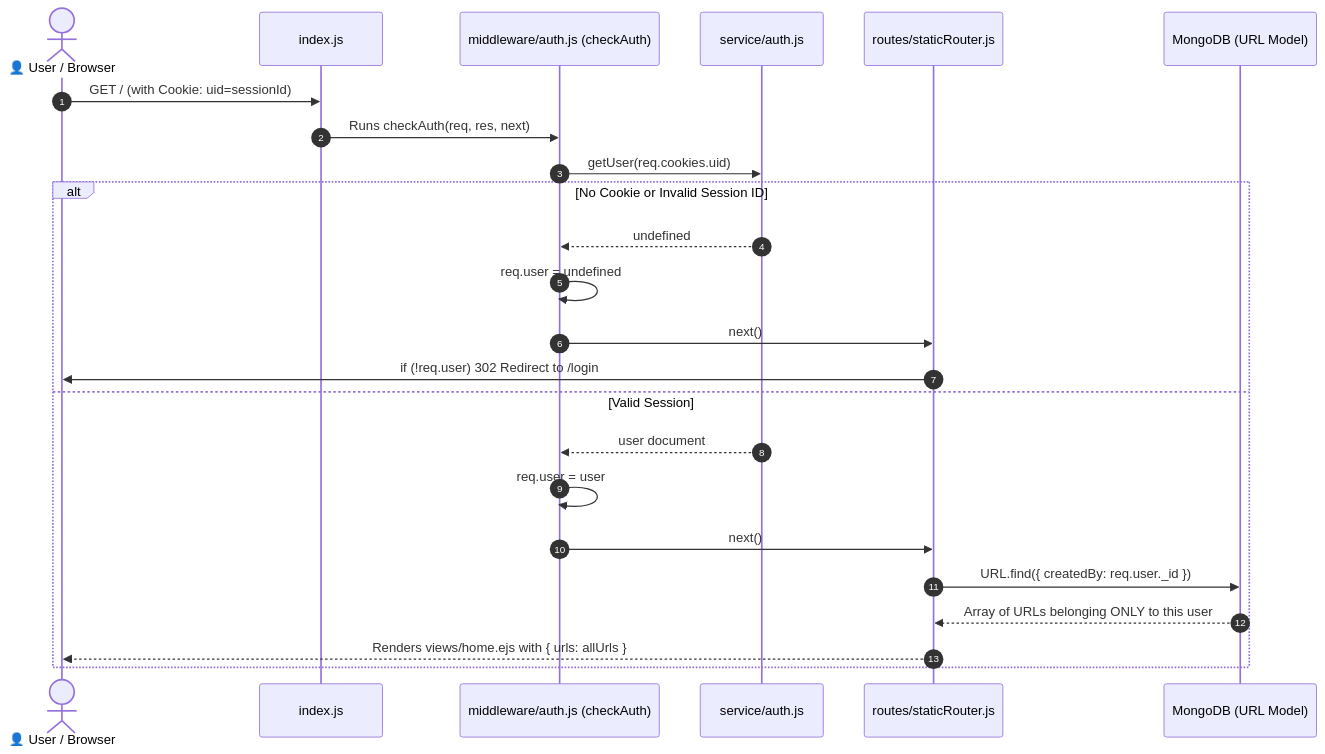
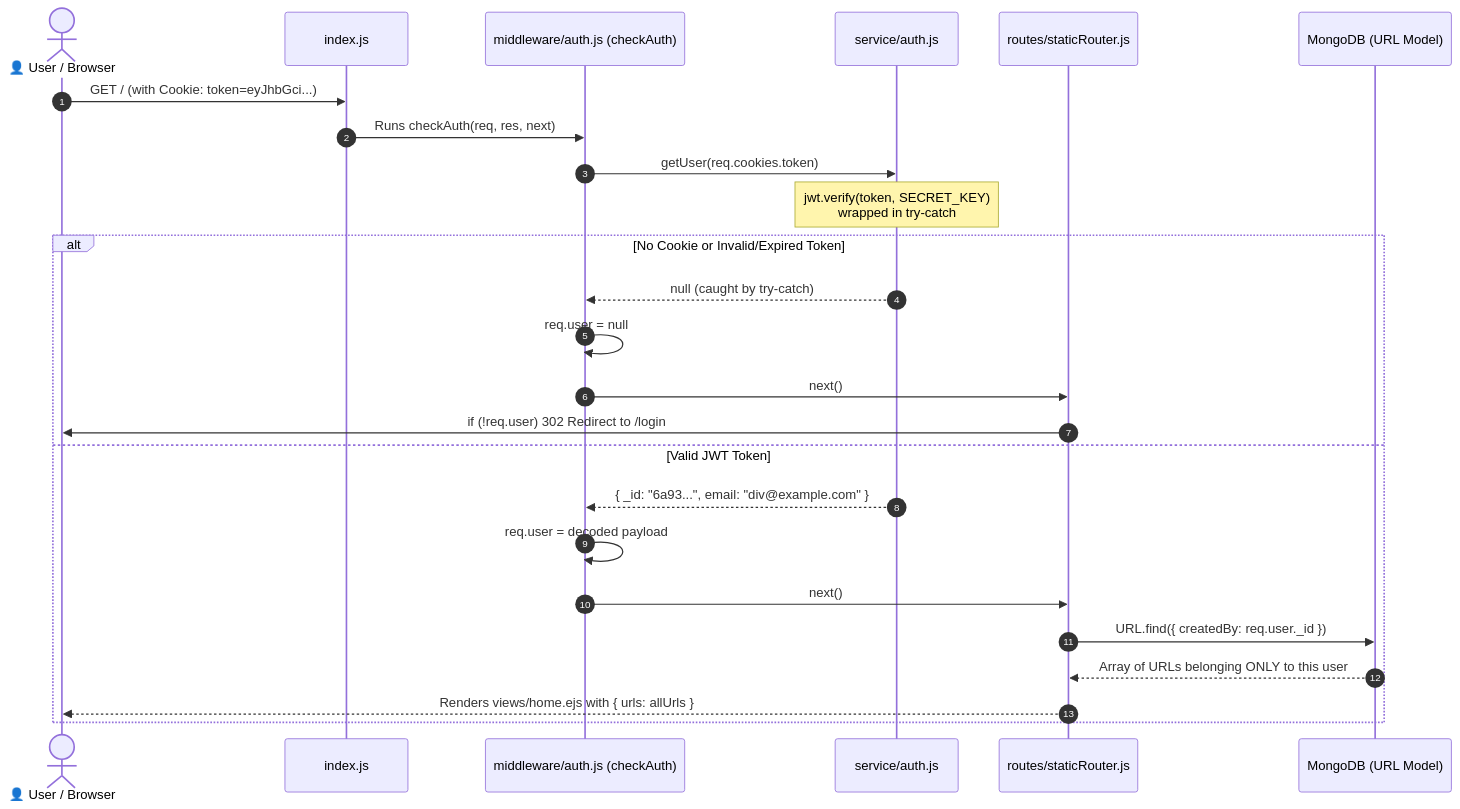
The fourth of 6 diagrams in short-url/AUTH_FLOW.md (divyal-11/backend-work), drawn with Mermaid before and after one commit. The commit also changed other lines of this file, not shown here.

Commit message:
updated auth flow - JWT based

````diff
--- a/short-url/AUTH_FLOW.md
+++ b/short-url/AUTH_FLOW.md
@@ -141,28 +176,29 @@
 ```mermaid
 sequenceDiagram
     autonumber
     actor User as 👤 User / Browser
     participant Index as index.js
     participant Mid as middleware/auth.js (checkAuth)
-    participant Auth as service/auth.js
+    participant JWT as service/auth.js
     participant Router as routes/staticRouter.js
     participant DB as MongoDB (URL Model)
 
-    User->>Index: GET / (with Cookie: uid=sessionId)
+    User->>Index: GET / (with Cookie: token=eyJhbGci...)
     Index->>Mid: Runs checkAuth(req, res, next)
-    Mid->>Auth: getUser(req.cookies.uid)
-    
-    alt No Cookie or Invalid Session ID
-        Auth-->>Mid: undefined
-        Mid->>Mid: req.user = undefined
+    Mid->>JWT: getUser(req.cookies.token)
+    Note over JWT: jwt.verify(token, SECRET_KEY)<br/>wrapped in try-catch
+
+    alt No Cookie or Invalid/Expired Token
+        JWT-->>Mid: null (caught by try-catch)
+        Mid->>Mid: req.user = null
         Mid->>Router: next()
         Router->>User: if (!req.user) 302 Redirect to /login
-    else Valid Session
-        Auth-->>Mid: user document
-        Mid->>Mid: req.user = user
+    else Valid JWT Token
+        JWT-->>Mid: { _id: "6a93...", email: "div@example.com" }
+        Mid->>Mid: req.user = decoded payload
         Mid->>Router: next()
         Router->>DB: URL.find({ createdBy: req.user._id })
         DB-->>Router: Array of URLs belonging ONLY to this user
         Router-->>User: Renders views/home.ejs with { urls: allUrls }
     end
 ```
````
